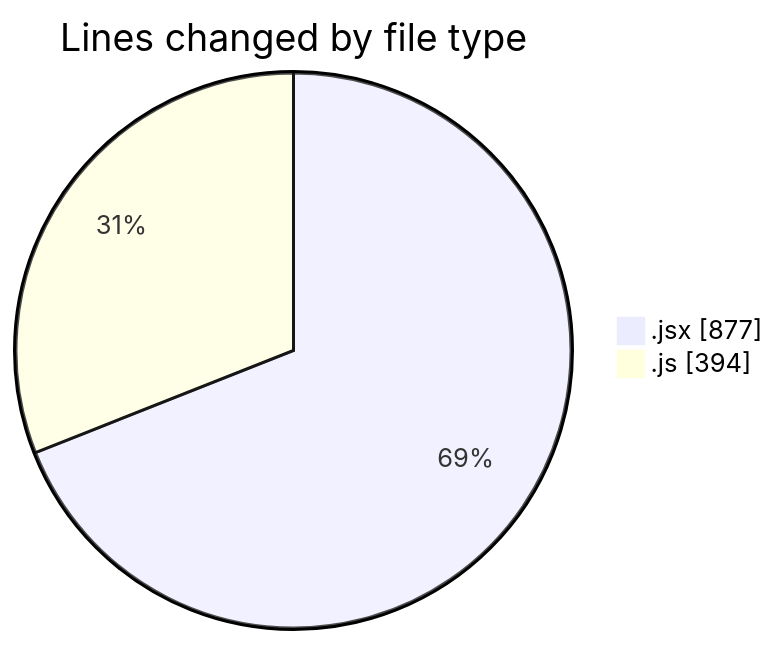
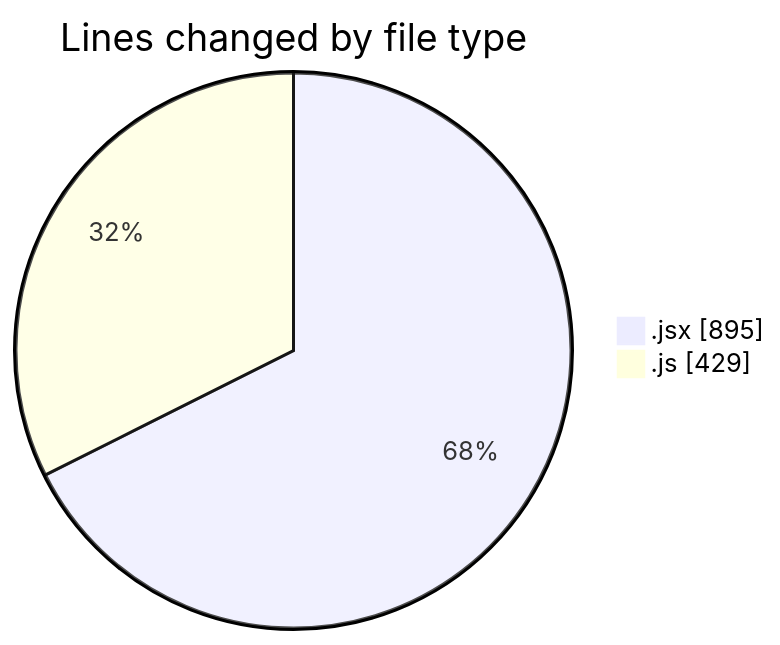
One commit to nxtqubesakshisongat/code-tracking changed the first of 2 diagrams in 2025-06-03/nxtqube_webapp/README.md. Above: the diagram before and after it, drawn with Mermaid. The commit also changed other lines of this file and 1 other file, not shown here.

````diff
--- a/2025-06-03/nxtqube_webapp/README.md
+++ b/2025-06-03/nxtqube_webapp/README.md
@@ -21,6 +21,6 @@
 ```mermaid
 pie showData
 title Lines changed by file type
-".jsx" : 877
-".js" : 394
+".jsx" : 895
+".js" : 429
 ```
````
